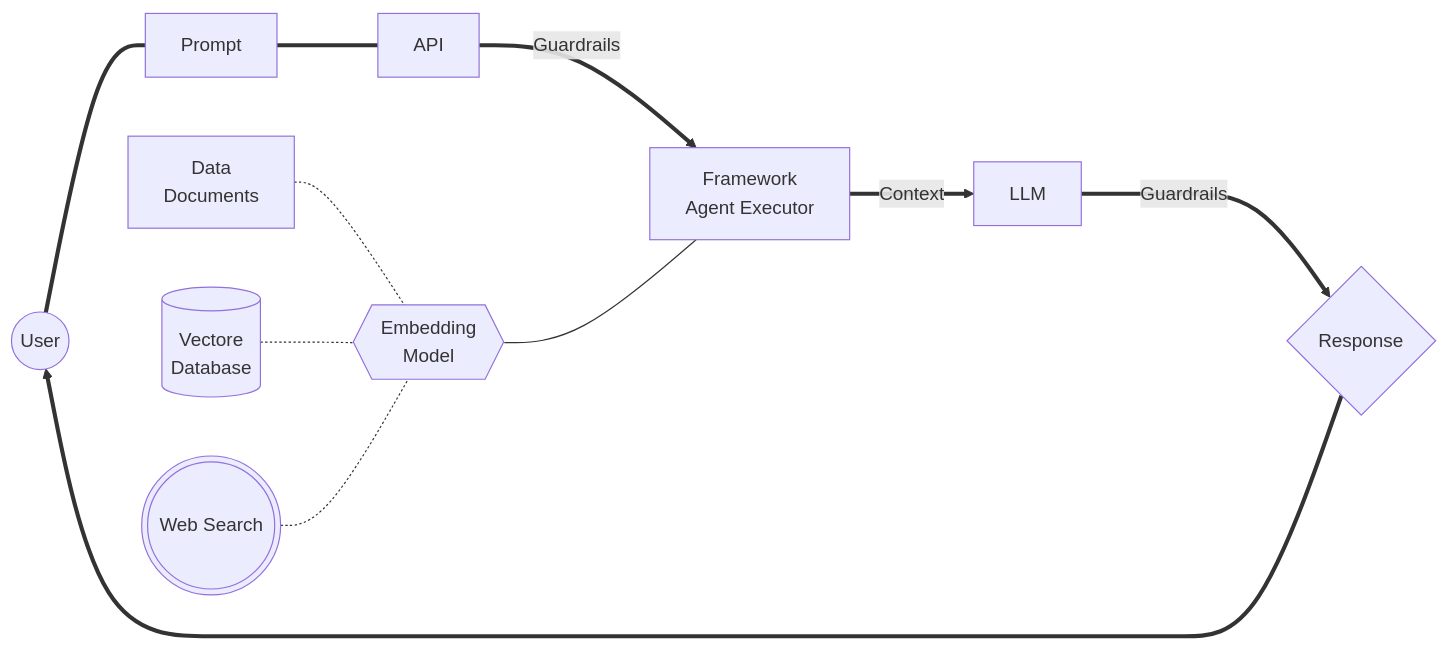
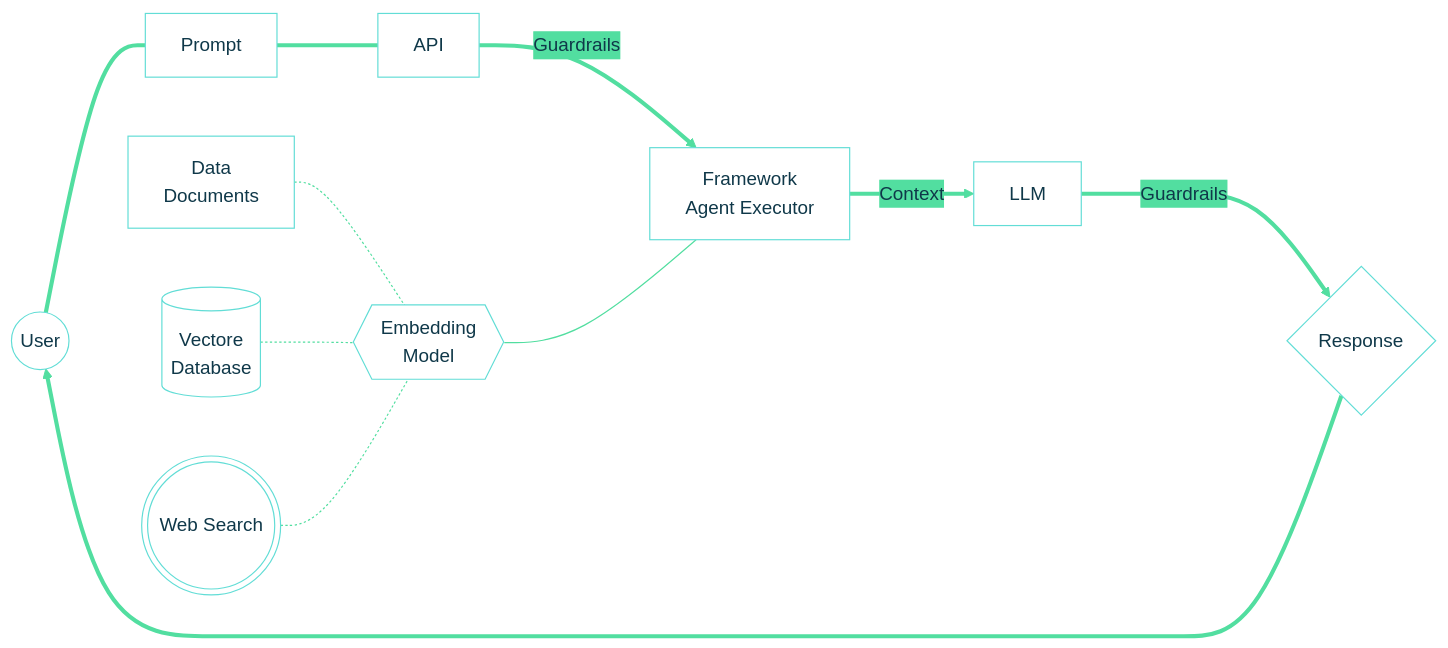
Before and after one commit to sebastianmarodi/chatbot_prototype: the diagram in bot_mindmap_simplified.md, drawn with Mermaid.

Commit message:
edited simple mindmap colors

````diff
--- a/bot_mindmap_simplified.md
+++ b/bot_mindmap_simplified.md
@@ -15,18 +1,31 @@
 ```mermaid
+%%{
+  init: {
+    'theme': 'base',
+    'themeVariables': {
+      'primaryColor': '#ffffff',
+      'primaryTextColor': '#0f3849',
+      'primaryBorderColor': '#62ddd6',
+      'lineColor': '#52dea0',
+      'secondaryColor': '#52dea0',
+      'tertiaryColor': '#6ccbef'
+    }
+  }
+}%%
 flowchart LR;
     id0((User)) === id1[Prompt];
 
     id1 ===  API ==> | Guardrails | id2[Framework\n Agent Executor] 
    
     id2 ==>| Context | LLM
     LLM  ===> | Guardrails | id7{Response} 
 
     id3 --- id2
     id3{{Embedding\n Model}} 
     id4[Data\n Documents] -.- id3
     id5[(Vectore\n Database)] -.- id3
     id6(((Web Search))) -.- id3
     
     id7 ==> id0
 
 ```
````
